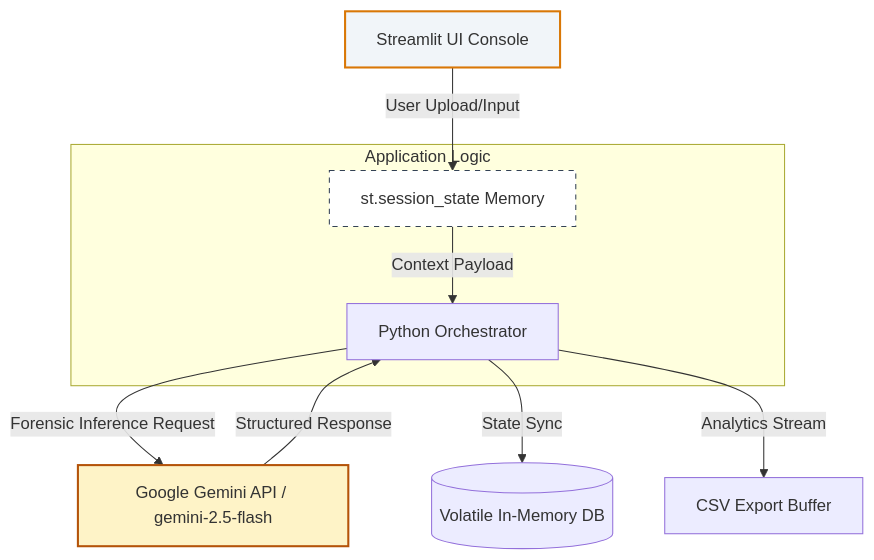
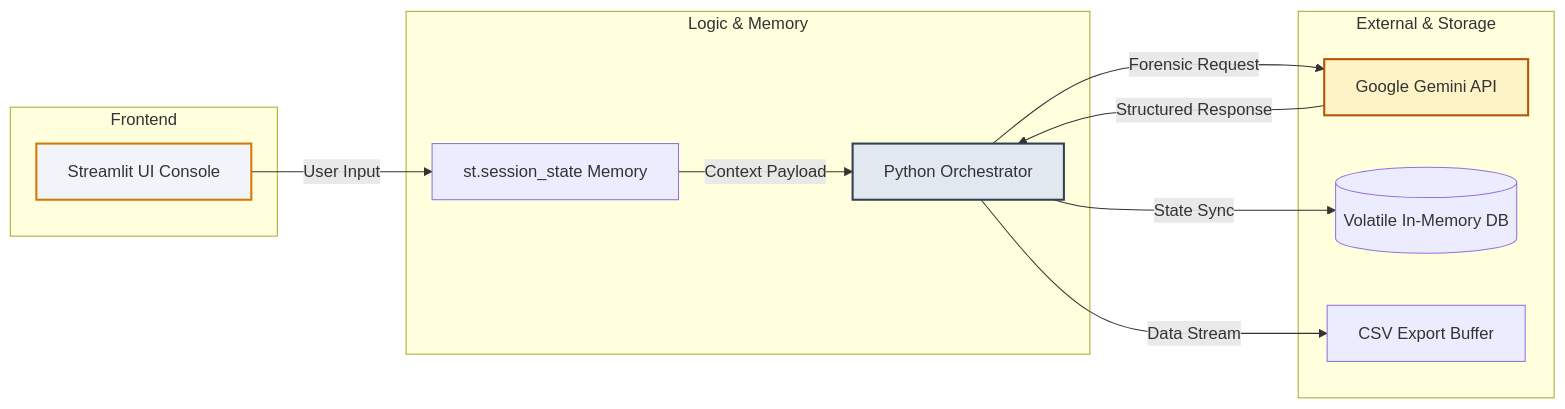
Before and after one commit to mohankrishnanchellinkula-afk/zeus-ai: the diagram in README.md, drawn with Mermaid.

Commit message:
Update README with formatting and content enhancements

````diff
--- a/README.md
+++ b/README.md
@@ -24,25 +24,28 @@
 ```mermaid
-graph TD
-    UI[Streamlit UI Console] 
-    
-    subgraph "Application Logic"
+graph LR
+    subgraph Frontend
+    UI[Streamlit UI Console]
+    end
+
+    subgraph "Logic & Memory"
     State[st.session_state Memory]
     Logic[Python Orchestrator]
     end
-    
-    Gemini[Google Gemini API / gemini-2.5-flash]
-    
+
+    subgraph "External & Storage"
+    Gemini[Google Gemini API]
     DB[(Volatile In-Memory DB)]
     CSV[CSV Export Buffer]
-    
-    UI -->|User Upload/Input| State
+    end
+
+    UI -->|User Input| State
     State -->|Context Payload| Logic
-    Logic -->|Forensic Inference Request| Gemini
+    Logic -->|Forensic Request| Gemini
     Gemini -->|Structured Response| Logic
     Logic -->|State Sync| DB
-    Logic -->|Analytics Stream| CSV
+    Logic -->|Data Stream| CSV
 
     style UI fill:#f1f5f9,stroke:#d97706,stroke-width:2px
     style Gemini fill:#fef3c7,stroke:#b45309,stroke-width:2px
-    style State fill:#ffffff,stroke:#334155,stroke-dasharray: 5 5
+    style Logic fill:#e2e8f0,stroke:#334155,stroke-width:2px
 ```
````
